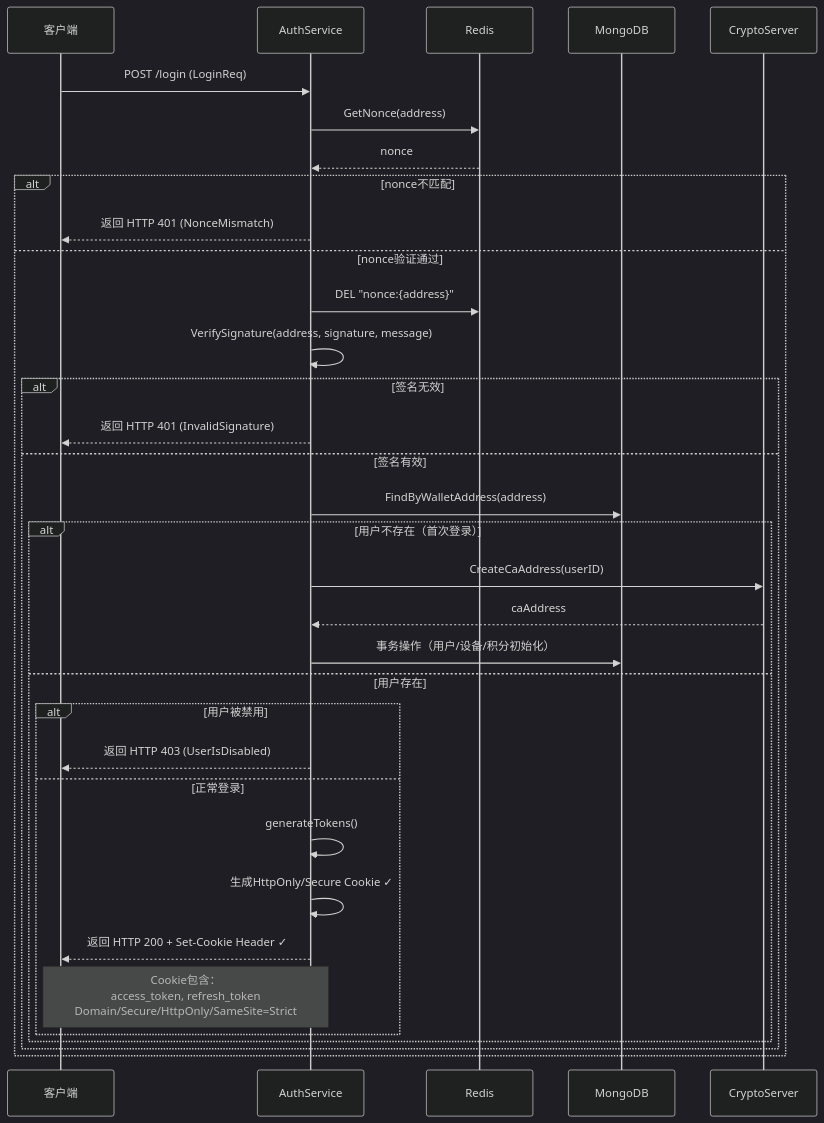
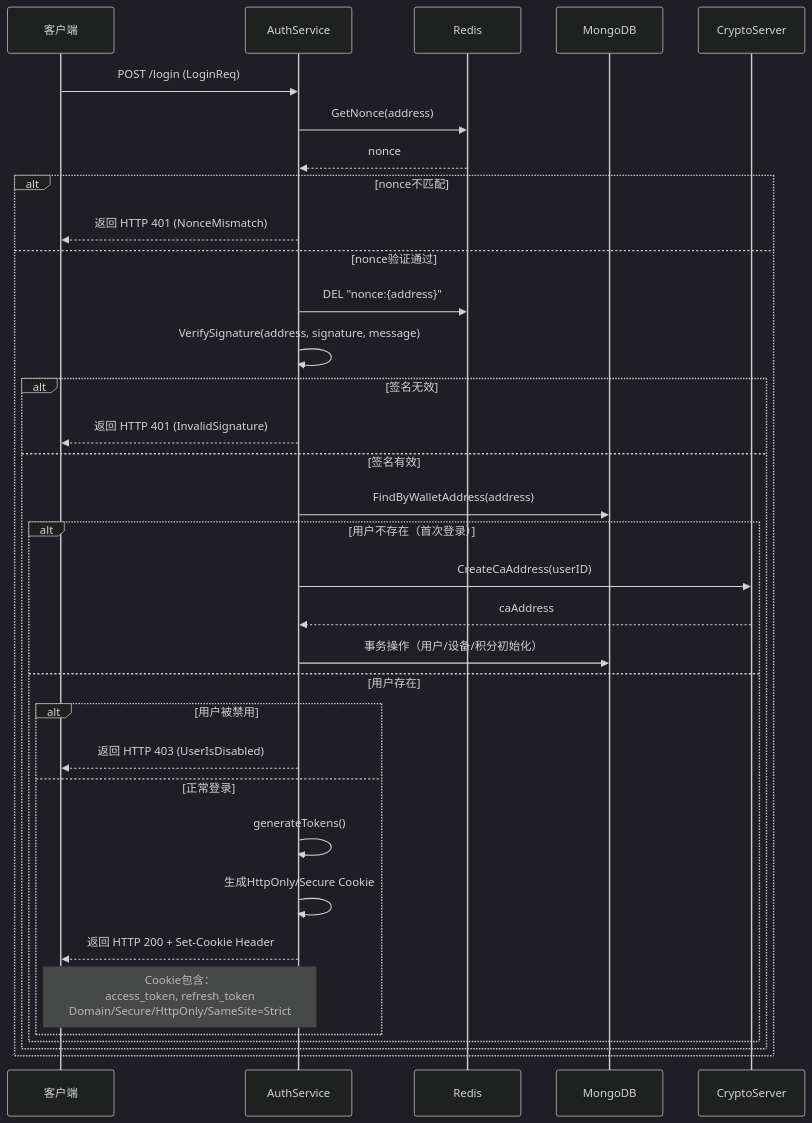
The diagram in all/未命名-2.md (yingjianzh/iodraw-files), drawn with Mermaid (dark theme) before and after one commit.

Commit message:
2025-09-09 11:31:01 update

````diff
--- a/all/未命名-2.md
+++ b/all/未命名-2.md
@@ -1,37 +1,37 @@
 ```mermaid
 sequenceDiagram
     participant Client as 客户端
     participant AuthService as AuthService
     participant Redis as Redis
     participant MongoDB as MongoDB
     participant CryptoServer as CryptoServer
 
     Client->>AuthService: POST /login (LoginReq)
     AuthService->>Redis: GetNonce(address)
     Redis-->>AuthService: nonce
     alt nonce不匹配
         AuthService-->>Client: 返回 HTTP 401 (NonceMismatch)
     else nonce验证通过
         AuthService->>Redis: DEL "nonce:{address}" 
         AuthService->>AuthService: VerifySignature(address, signature, message)
         alt 签名无效
             AuthService-->>Client: 返回 HTTP 401 (InvalidSignature)
         else 签名有效
             AuthService->>MongoDB: FindByWalletAddress(address)
             alt 用户不存在（首次登录）
                 AuthService->>CryptoServer: CreateCaAddress(userID)
                 CryptoServer-->>AuthService: caAddress
                 AuthService->>MongoDB: 事务操作（用户/设备/积分初始化）
             else 用户存在
                 alt 用户被禁用
                     AuthService-->>Client: 返回 HTTP 403 (UserIsDisabled)
                 else 正常登录
                     AuthService->>AuthService: generateTokens()
-                    AuthService->>AuthService: 生成HttpOnly/Secure Cookie ✓
-                    AuthService-->>Client: 返回 HTTP 200 + Set-Cookie Header ✓
+                    AuthService->>AuthService: 生成HttpOnly/Secure Cookie
+                    AuthService-->>Client: 返回 HTTP 200 + Set-Cookie Header
                     Note over Client,AuthService: Cookie包含：<br>access_token, refresh_token<br>Domain/Secure/HttpOnly/SameSite=Strict
                 end
             end
         end
     end
 ```
````
